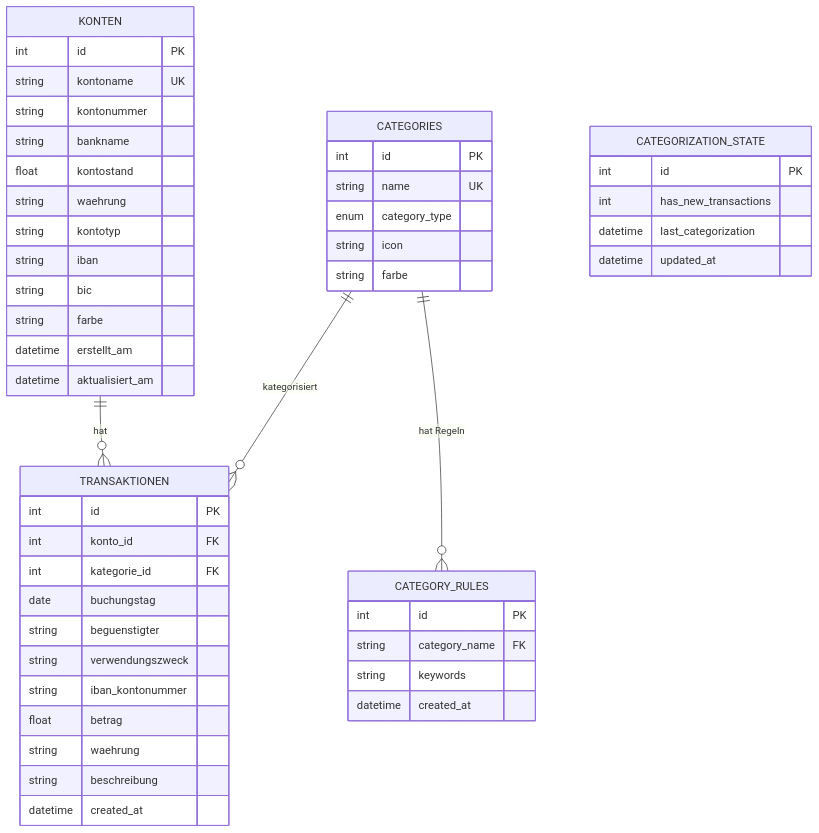
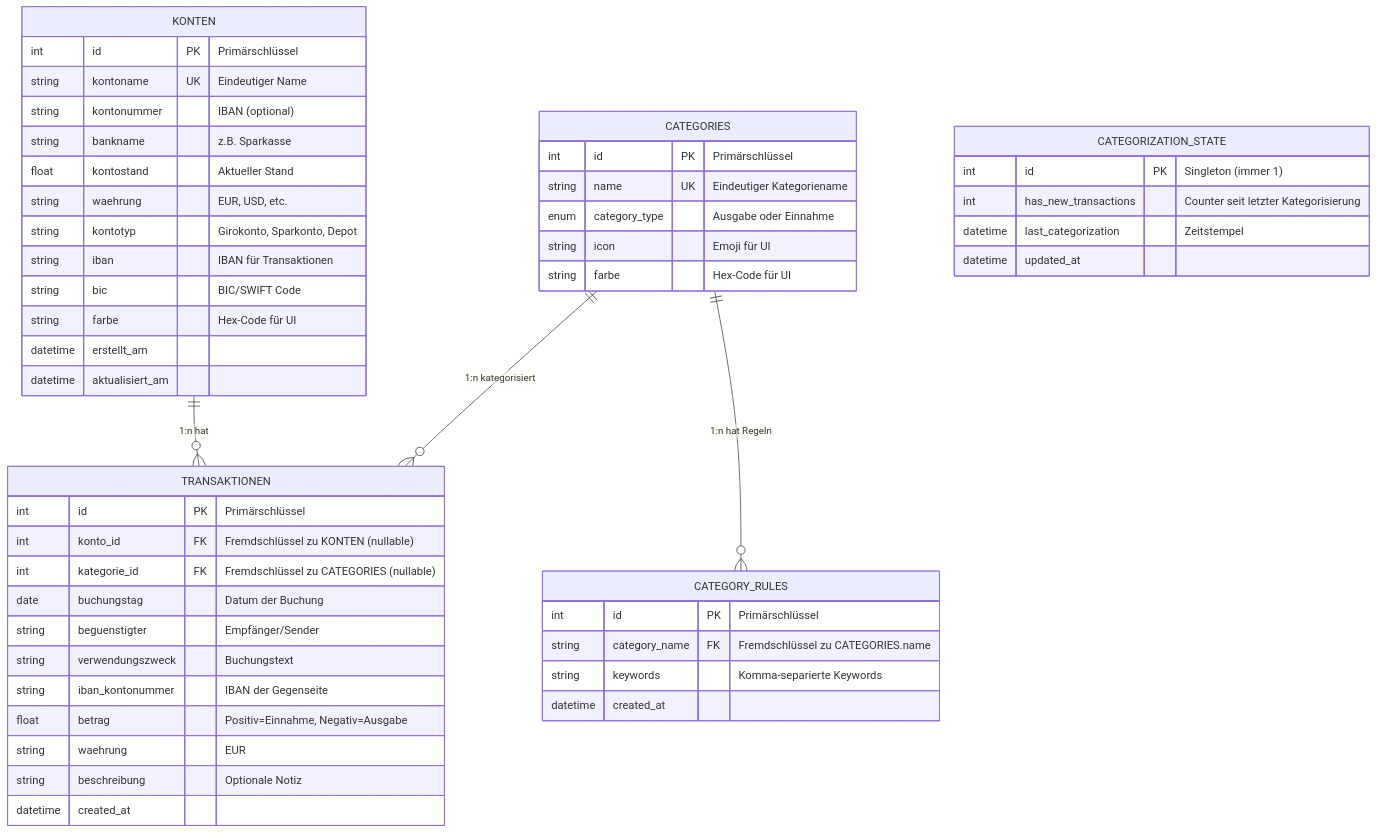
The diagram in README.md (pgs3238/Pro-KI-Gruppenarbeit-a3-5), drawn with Mermaid before and after one commit. The commit also changed other lines of this file and 1 other file, not shown here.

Commit message:
Add portable version of FINLY application

````diff
--- a/README.md
+++ b/README.md
@@ -351,57 +339,57 @@
 ```mermaid
 erDiagram
-    KONTEN ||--o{ TRANSAKTIONEN : "hat"
-    CATEGORIES ||--o{ TRANSAKTIONEN : "kategorisiert"
-    CATEGORIES ||--o{ CATEGORY_RULES : "hat Regeln"
+    KONTEN ||--o{ TRANSAKTIONEN : "1:n hat"
+    CATEGORIES ||--o{ TRANSAKTIONEN : "1:n kategorisiert"
+    CATEGORIES ||--o{ CATEGORY_RULES : "1:n hat Regeln"
 
     KONTEN {
-        int id PK
-        string kontoname UK
-        string kontonummer
-        string bankname
-        float kontostand
-        string waehrung
-        string kontotyp
-        string iban
-        string bic
-        string farbe
+        int id PK "Primärschlüssel"
+        string kontoname UK "Eindeutiger Name"
+        string kontonummer "IBAN (optional)"
+        string bankname "z.B. Sparkasse"
+        float kontostand "Aktueller Stand"
+        string waehrung "EUR, USD, etc."
+        string kontotyp "Girokonto, Sparkonto, Depot"
+        string iban "IBAN für Transaktionen"
+        string bic "BIC/SWIFT Code"
+        string farbe "Hex-Code für UI"
         datetime erstellt_am
         datetime aktualisiert_am
     }
 
     TRANSAKTIONEN {
-        int id PK
-        int konto_id FK
-        int kategorie_id FK
-        date buchungstag
-        string beguenstigter
-        string verwendungszweck
-        string iban_kontonummer
-        float betrag
-        string waehrung
-        string beschreibung
+        int id PK "Primärschlüssel"
+        int konto_id FK "Fremdschlüssel zu KONTEN (nullable)"
+        int kategorie_id FK "Fremdschlüssel zu CATEGORIES (nullable)"
+        date buchungstag "Datum der Buchung"
+        string beguenstigter "Empfänger/Sender"
+        string verwendungszweck "Buchungstext"
+        string iban_kontonummer "IBAN der Gegenseite"
+        float betrag "Positiv=Einnahme, Negativ=Ausgabe"
+        string waehrung "EUR"
+        string beschreibung "Optionale Notiz"
         datetime created_at
     }
 
     CATEGORIES {
-        int id PK
-        string name UK
-        enum category_type
-        string icon
-        string farbe
+        int id PK "Primärschlüssel"
+        string name UK "Eindeutiger Kategoriename"
+        enum category_type "Ausgabe oder Einnahme"
+        string icon "Emoji für UI"
+        string farbe "Hex-Code für UI"
     }
 
     CATEGORY_RULES {
-        int id PK
-        string category_name FK
-        string keywords
+        int id PK "Primärschlüssel"
+        string category_name FK "Fremdschlüssel zu CATEGORIES.name"
+        string keywords "Komma-separierte Keywords"
         datetime created_at
     }
 
     CATEGORIZATION_STATE {
-        int id PK
-        int has_new_transactions
-        datetime last_categorization
+        int id PK "Singleton (immer 1)"
+        int has_new_transactions "Counter seit letzter Kategorisierung"
+        datetime last_categorization "Zeitstempel"
         datetime updated_at
     }
 ```
````
